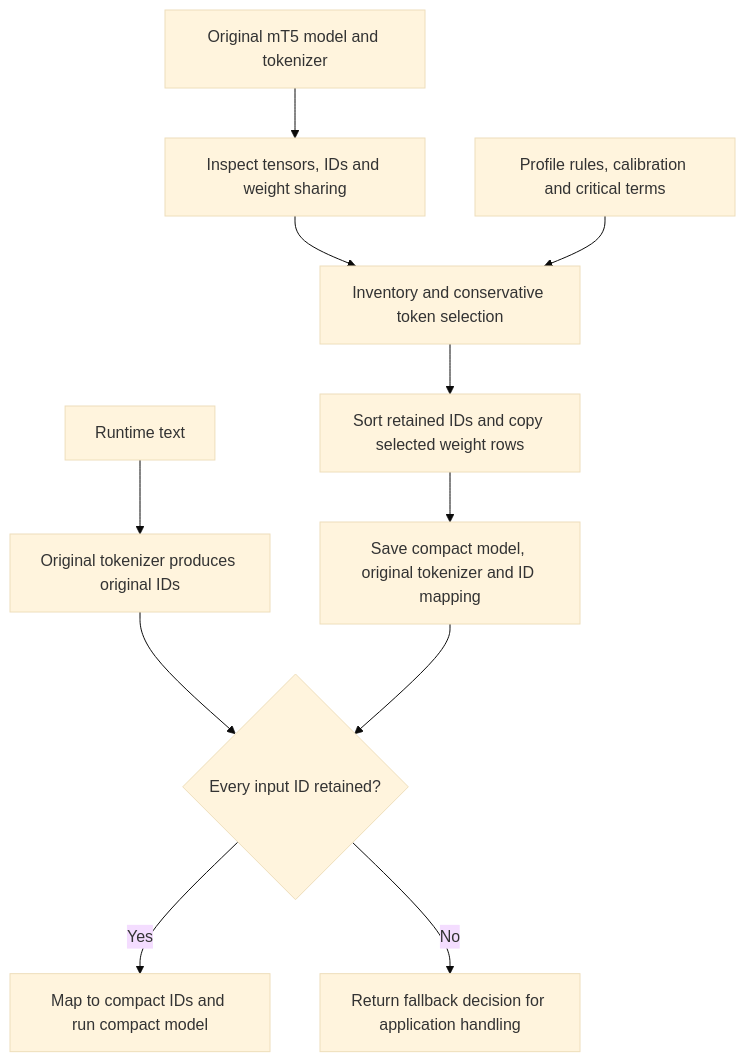
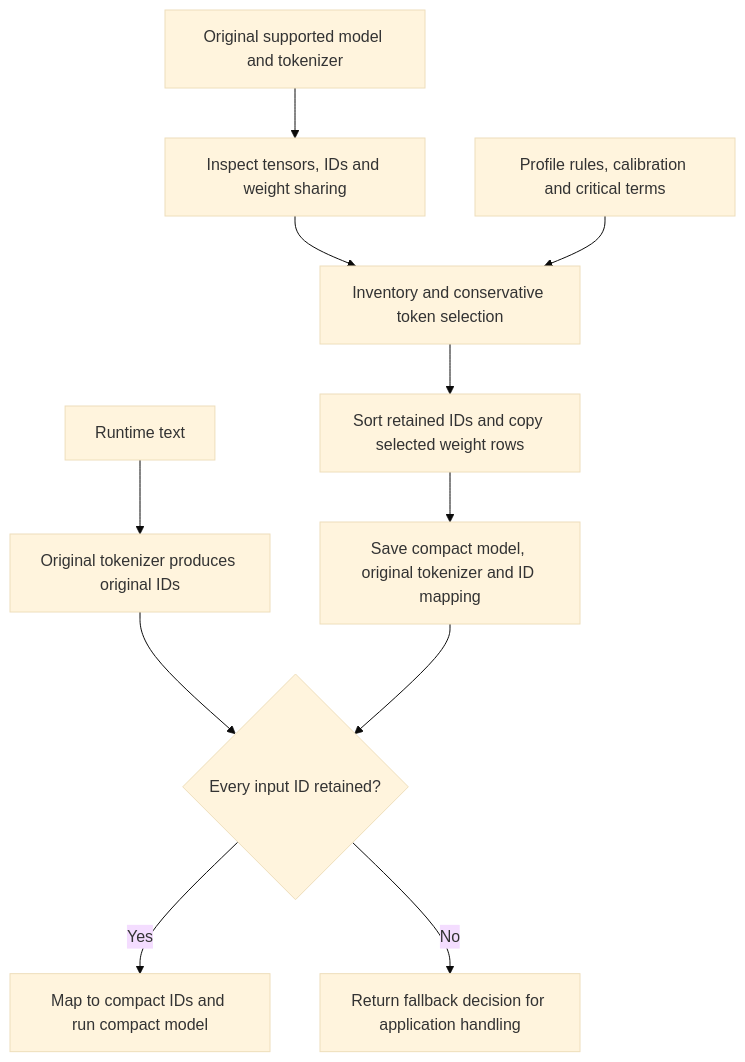
One commit to anup42/VocabCraft changed the diagram in README.md. Above: the diagram before and after it, drawn with Mermaid (base theme). The commit also changed other lines of this file and 4 other files, not shown here.

````diff
--- a/README.md
+++ b/README.md
@@ -27,13 +29,13 @@
 ```mermaid
 flowchart TD
-    A[Original mT5 model and tokenizer] --> B[Inspect tensors, IDs and weight sharing]
+    A[Original supported model and tokenizer] --> B[Inspect tensors, IDs and weight sharing]
     B --> C[Inventory and conservative token selection]
     P[Profile rules, calibration and critical terms] --> C
     C --> D[Sort retained IDs and copy selected weight rows]
     D --> E[Save compact model, original tokenizer and ID mapping]
     T[Runtime text] --> U[Original tokenizer produces original IDs]
     U --> G{Every input ID retained?}
     E --> G
     G -->|Yes| M[Map to compact IDs and run compact model]
     G -->|No| F[Return fallback decision for application handling]
 ```
````
